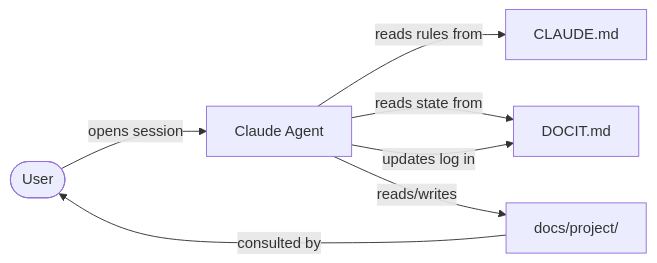
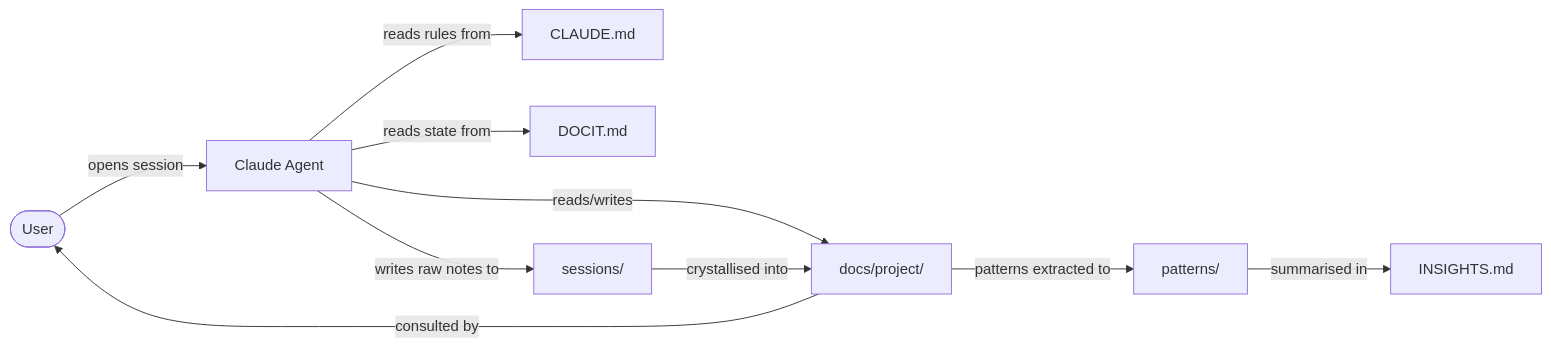
Before and after one commit to CathalByrneGit/DocIt: the first of 3 diagrams in docs/docit/index.md, drawn with Mermaid. The commit also changed other lines of this file and 4 other files, not shown here.

````diff
--- a/docs/docit/index.md
+++ b/docs/docit/index.md
@@ -44,9 +58,12 @@
 ```mermaid
 graph LR
   User([User]) -->|opens session| Agent[Claude Agent]
   Agent -->|reads rules from| CLAUDE[CLAUDE.md]
   Agent -->|reads state from| DOCIT[DOCIT.md]
   Agent -->|reads/writes| Docs[docs/project/]
-  Agent -->|updates log in| DOCIT
+  Agent -->|writes raw notes to| Sessions[sessions/]
+  Sessions -->|crystallised into| Docs
+  Docs -->|patterns extracted to| Patterns[patterns/]
+  Patterns -->|summarised in| INSIGHTS[INSIGHTS.md]
   Docs -->|consulted by| User
 ```
````
